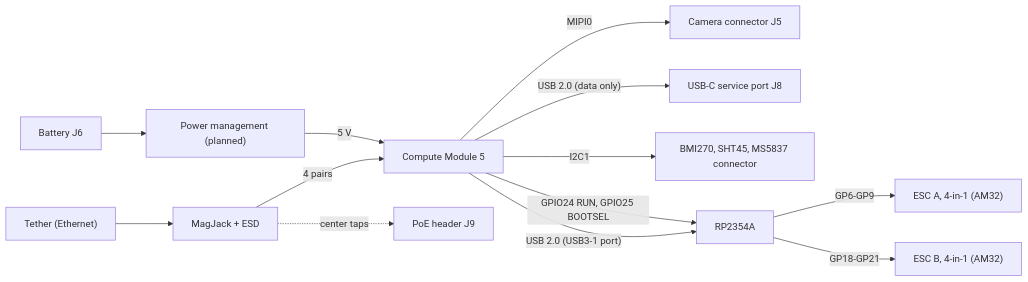
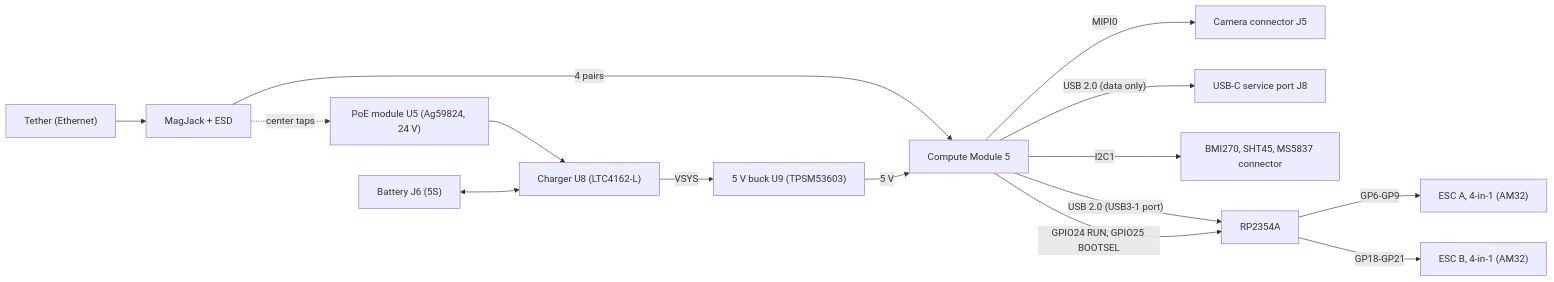
One commit to Tropaion/Manafish_Mainboard changed the diagram in README.md. Above: the diagram before and after it, drawn with Mermaid. The commit also changed other lines of this file and 17 other files, not shown here.

````diff
--- a/README.md
+++ b/README.md
@@ -22,15 +21,17 @@
 ```mermaid
 flowchart LR
   tether["Tether (Ethernet)"] --> magjack["MagJack + ESD"]
   magjack -->|4 pairs| cm5["Compute Module 5"]
-  magjack -.->|center taps| poe["PoE header J9"]
+  magjack -.->|center taps| poe["PoE module U5 (Ag59824, 24 V)"]
   cm5 -->|MIPI0| cam["Camera connector J5"]
   cm5 -->|"USB 2.0 (data only)"| service["USB-C service port J8"]
   cm5 -->|I2C1| sensors["BMI270, SHT45, MS5837 connector"]
   cm5 -->|"USB 2.0 (USB3-1 port)"| mcu["RP2354A"]
   cm5 -->|"GPIO24 RUN, GPIO25 BOOTSEL"| mcu
   mcu -->|GP6-GP9| escA["ESC A, 4-in-1 (AM32)"]
   mcu -->|GP18-GP21| escB["ESC B, 4-in-1 (AM32)"]
-  bat["Battery J6"] --> pm["Power management (planned)"]
-  pm -->|5 V| cm5
+  poe --> chg["Charger U8 (LTC4162-L)"]
+  bat["Battery J6 (5S)"] <--> chg
+  chg -->|VSYS| buck["5 V buck U9 (TPSM53603)"]
+  buck -->|5 V| cm5
 ```
````
